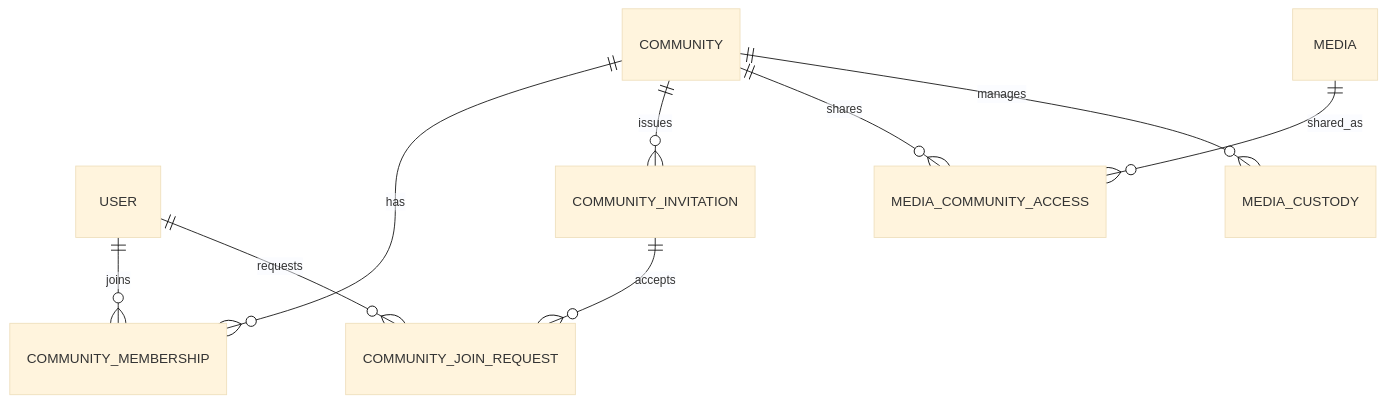
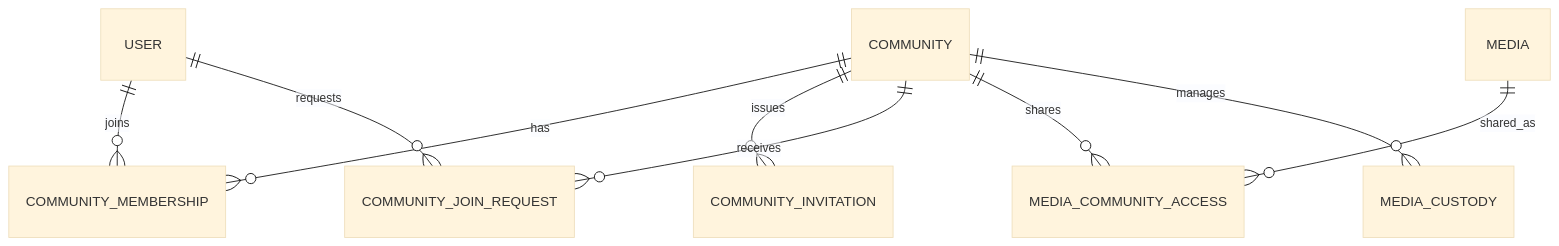
One commit to hazuki3417/memoria-design changed the diagram in content/community/data-model.mdx. Above: the diagram before and after it, drawn with Mermaid (base theme). The commit also changed other lines of this file, not shown here.

Commit message:
docs: separate invitation from join request model

````diff
--- a/content/community/data-model.mdx
+++ b/content/community/data-model.mdx
@@ -11,11 +11,11 @@
 ```mermaid
 erDiagram
   COMMUNITY ||--o{ COMMUNITY_MEMBERSHIP : has
   USER ||--o{ COMMUNITY_MEMBERSHIP : joins
   COMMUNITY ||--o{ COMMUNITY_INVITATION : issues
-  COMMUNITY_INVITATION ||--o{ COMMUNITY_JOIN_REQUEST : accepts
+  COMMUNITY ||--o{ COMMUNITY_JOIN_REQUEST : receives
   USER ||--o{ COMMUNITY_JOIN_REQUEST : requests
   COMMUNITY ||--o{ MEDIA_COMMUNITY_ACCESS : shares
   MEDIA ||--o{ MEDIA_COMMUNITY_ACCESS : shared_as
   COMMUNITY ||--o{ MEDIA_CUSTODY : manages
 ```
````
